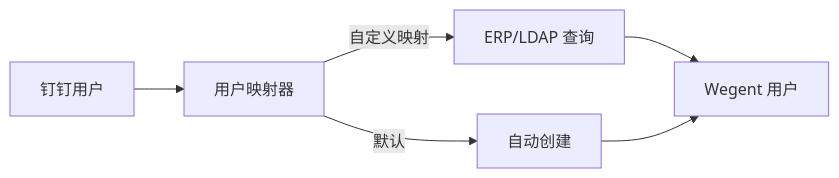
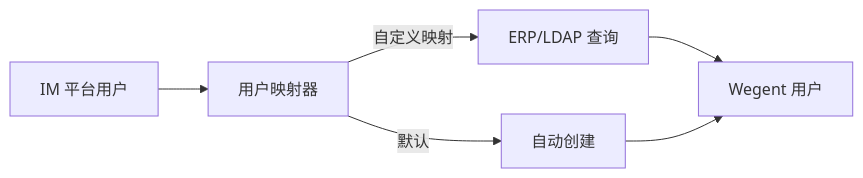
Before and after one commit to wecode-ai/Wegent: the third of 3 diagrams in docs/zh/user-guide/integrations/im-channel-integration.md, drawn with Mermaid. The commit also changed other lines of this file and 16 other files, not shown here.

````diff
--- a/docs/zh/user-guide/integrations/im-channel-integration.md
+++ b/docs/zh/user-guide/integrations/im-channel-integration.md
@@ -307,8 +225,8 @@
 ```mermaid
 flowchart LR
-    DT[钉钉用户] --> UM[用户映射器]
+    IM[IM 平台用户] --> UM[用户映射器]
     UM --> |自定义映射| ERP[ERP/LDAP 查询]
     UM --> |默认| AC[自动创建]
     ERP --> WU[Wegent 用户]
     AC --> WU
 ```
````
